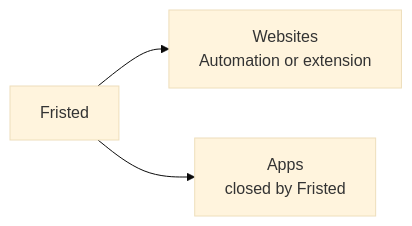
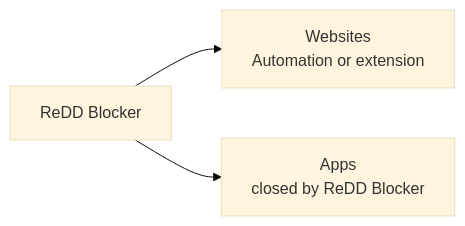
The diagram in README.md (kasnder/redd-block), drawn with Mermaid (base theme) before and after one commit. The commit also changed other lines of this file and 9 other files, not shown here.

````diff
--- a/README.md
+++ b/README.md
@@ -31,6 +31,6 @@
 ```mermaid
 flowchart LR
-  RB[Fristed]
+  RB[ReDD Blocker]
   RB --> WEB[Websites<br/>Automation or extension]
-  RB --> APP[Apps<br/>closed by Fristed]
+  RB --> APP[Apps<br/>closed by ReDD Blocker]
 ```
````
